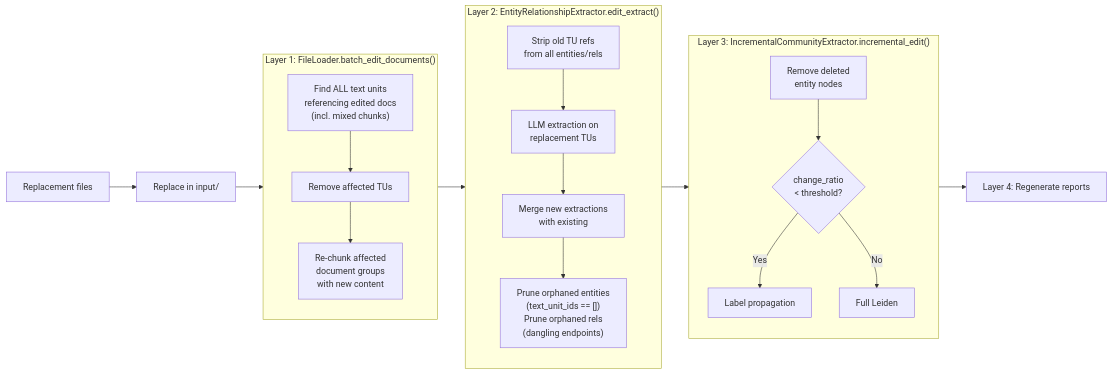
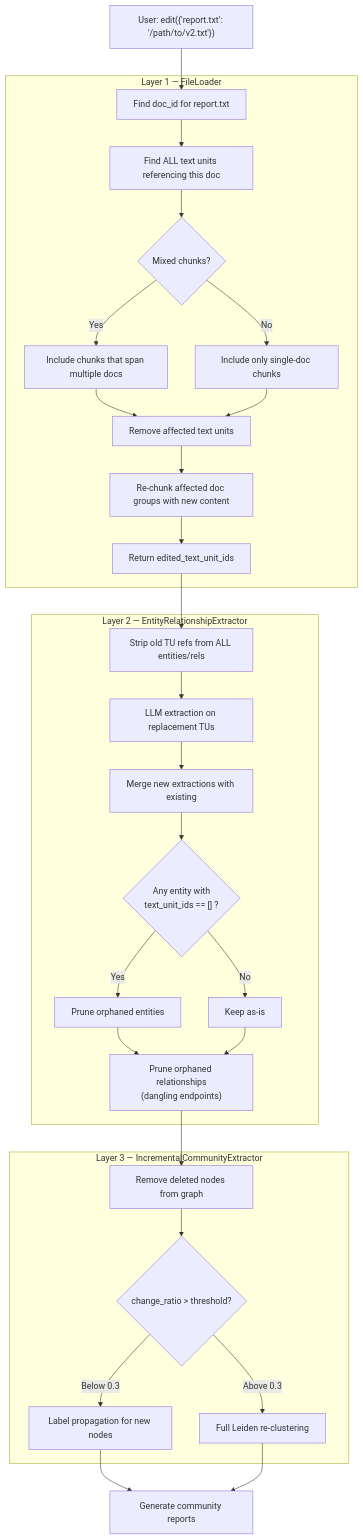
Before and after one commit to CAMARA-CHILENA-INTELIGENCIA-ARTIFICIAL/GRAIL: the fourth of 8 diagrams in docs/incremental_pipeline.md, drawn with Mermaid. The commit also changed other lines of this file, not shown here.

````diff
--- a/docs/incremental_pipeline.md
+++ b/docs/incremental_pipeline.md
@@ -174,45 +187,36 @@
 ```mermaid
-flowchart LR
-    REPL["Replacement files"] --> COPYEDIT["Replace in input/"]
+flowchart TD
+    A["User: edit({'report.txt': '/path/to/v2.txt'})"] --> B
 
-    subgraph Layer1["Layer 1: FileLoader.batch_edit_documents()"]
-        direction TB
-        FIND["Find ALL text units
-        referencing edited docs
-        (incl. mixed chunks)"]
-        FIND --> REMOVE["Remove affected TUs"]
-        REMOVE --> RECHUNK["Re-chunk affected
-        document groups
-        with new content"]
+    subgraph "Layer 1 — FileLoader"
+        B[Find doc_id for report.txt] --> C[Find ALL text units referencing this doc]
+        C --> D{Mixed chunks?}
+        D -->|Yes| E[Include chunks that span multiple docs]
+        D -->|No| F[Include only single-doc chunks]
+        E --> G[Remove affected text units]
+        F --> G
+        G --> H[Re-chunk affected doc groups with new content]
+        H --> I[Return edited_text_unit_ids]
     end
 
-    subgraph Layer2["Layer 2: EntityRelationshipExtractor.edit_extract()"]
-        direction TB
-        STRIP["Strip old TU refs
-        from all entities/rels"]
-        STRIP --> LLME["LLM extraction on
-        replacement TUs"]
-        LLME --> MERGEE["Merge new extractions
-        with existing"]
-        MERGEE --> PRUNE["Prune orphaned entities
-        (text_unit_ids == [])
-        Prune orphaned rels
-        (dangling endpoints)"]
+    subgraph "Layer 2 — EntityRelationshipExtractor"
+        I --> J["Strip old TU refs from ALL entities/rels"]
+        J --> K["LLM extraction on replacement TUs"]
+        K --> L["Merge new extractions with existing"]
+        L --> M{"Any entity with\ntext_unit_ids == [] ?"}
+        M -->|Yes| N["Prune orphaned entities"]
+        M -->|No| O[Keep as-is]
+        N --> P["Prune orphaned relationships\n(dangling endpoints)"]
+        O --> P
     end
 
-    subgraph Layer3["Layer 3: IncrementalCommunityExtractor.incremental_edit()"]
-        direction TB
-        DELN["Remove deleted
-        entity nodes"] --> RATIOE{"change_ratio
-        < threshold?"}
-        RATIOE -- Yes --> LPE["Label propagation"]
-        RATIOE -- No --> LEIDE["Full Leiden"]
+    subgraph "Layer 3 — IncrementalCommunityExtractor"
+        P --> Q[Remove deleted nodes from graph]
+        Q --> R{change_ratio > threshold?}
+        R -->|Below 0.3| S[Label propagation for new nodes]
+        R -->|Above 0.3| T[Full Leiden re-clustering]
     end
 
-    REPORTSE["Layer 4: Regenerate reports"]
-
-    COPYEDIT --> Layer1
-    Layer1 --> Layer2
-    Layer2 --> Layer3
-    Layer3 --> REPORTSE
+    S --> U[Generate community reports]
+    T --> U
 ```
````
